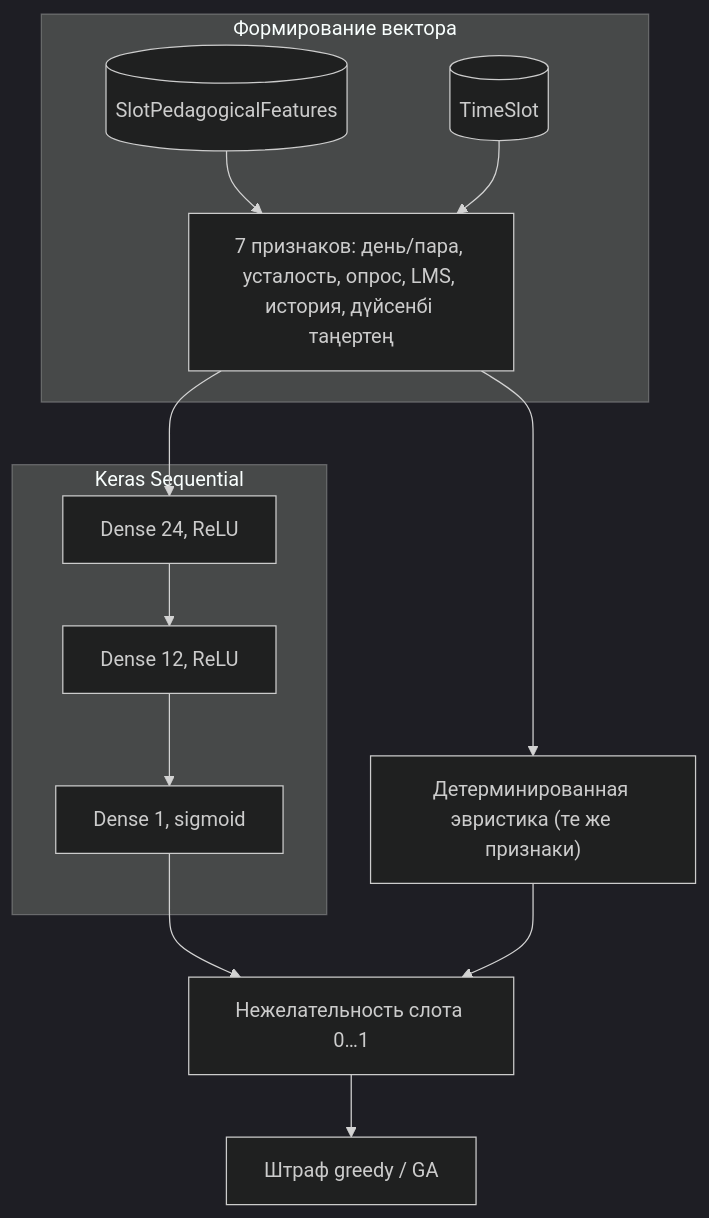
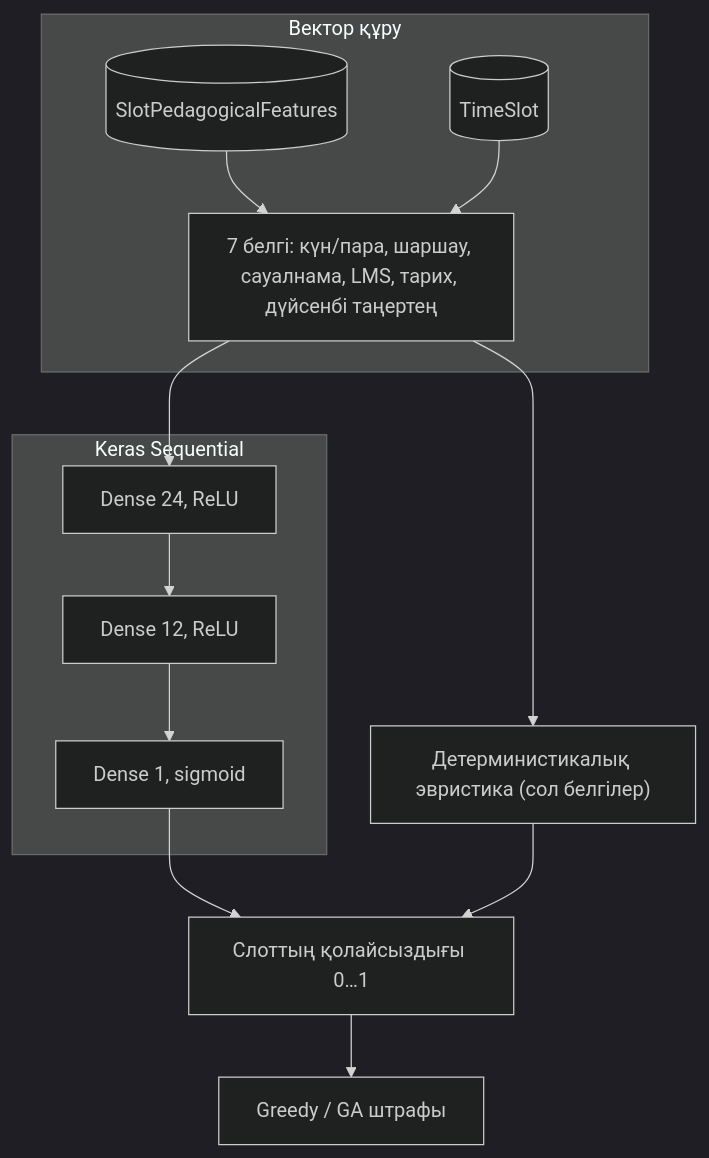
One commit to Remo000000/MATIKA_PROTOTYPE changed the diagram in README.md. Above: the diagram before and after it, drawn with Mermaid (dark theme). The commit also changed other lines of this file, not shown here.

````diff
--- a/README.md
+++ b/README.md
@@ -73,21 +73,21 @@
 ```mermaid
 flowchart TB
-    subgraph feat [Формирование вектора]
+    subgraph feat [Вектор құру]
         SPF[(SlotPedagogicalFeatures)]
         TS[(TimeSlot)]
-        V["7 признаков: день/пара, усталость, опрос, LMS, история, дүйсенбі таңертең"]
+        V["7 белгі: күн/пара, шаршау, сауалнама, LMS, тарих, дүйсенбі таңертең"]
     end
     subgraph keras [Keras Sequential]
         L1["Dense 24, ReLU"]
         L2["Dense 12, ReLU"]
         L3["Dense 1, sigmoid"]
     end
-    H["Детерминированная эвристика (те же признаки)"]
-    OUT["Нежелательность слота 0…1"]
-    PEN["Штраф greedy / GA"]
+    H["Детерминистикалық эвристика (сол белгілер)"]
+    OUT["Слоттың қолайсыздығы 0…1"]
+    PEN["Greedy / GA штрафы"]
     SPF --> V
     TS --> V
     V --> L1 --> L2 --> L3 --> OUT
     V --> H --> OUT
     OUT --> PEN
 ```
````
